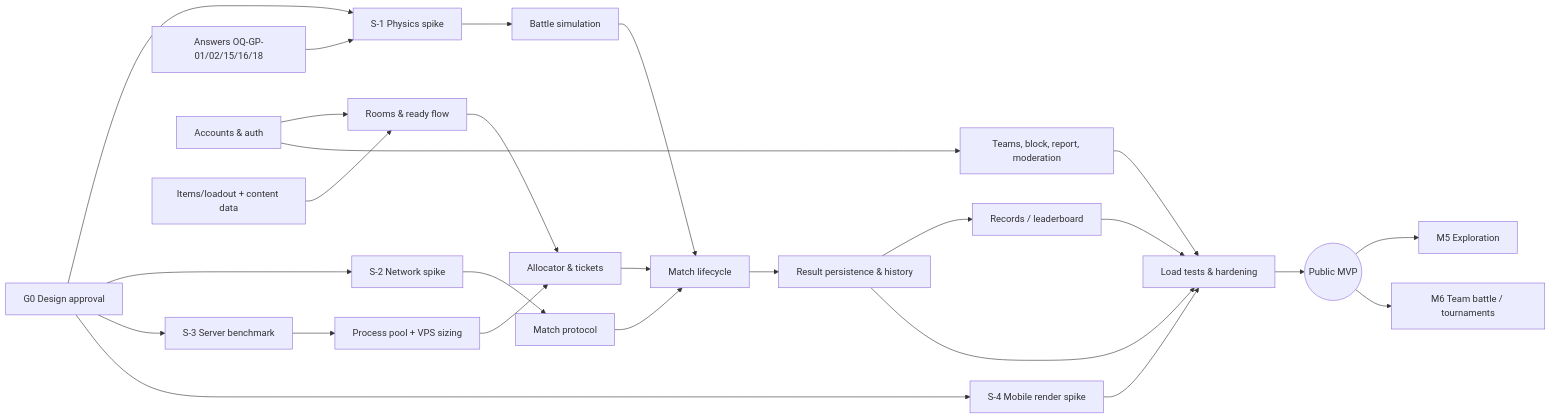
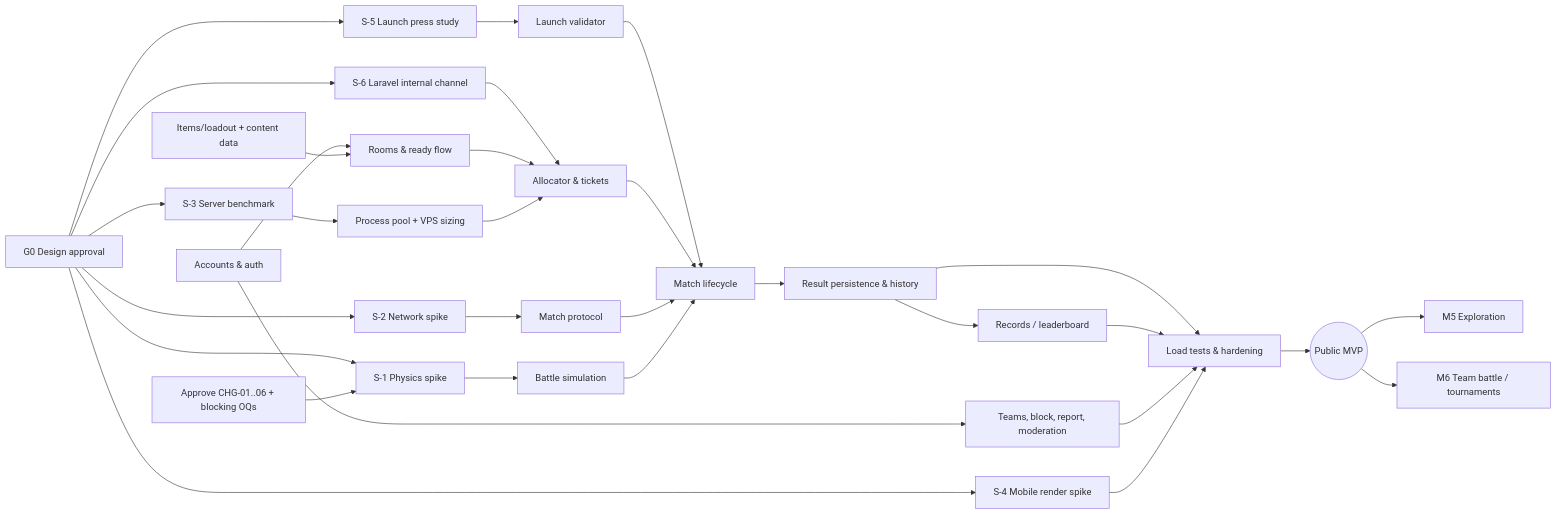
The diagram in docs/08-planning/roadmap.md (houcine212-hub/Bayblade_Sesytem), drawn with Mermaid before and after one commit. The commit also changed other lines of this file and 59 other files, not shown here.

````diff
--- a/docs/08-planning/roadmap.md
+++ b/docs/08-planning/roadmap.md
@@ -19,28 +19,33 @@
 ```mermaid
 flowchart LR
   G0[G0 Design approval] --> S1[S-1 Physics spike]
   G0 --> S2[S-2 Network spike]
   G0 --> S3[S-3 Server benchmark]
   G0 --> S4[S-4 Mobile render spike]
-  Q1[Answers OQ-GP-01/02/15/16/18] --> S1
+  G0 --> S5[S-5 Launch press study]
+  G0 --> S6[S-6 Laravel internal channel]
+  S5 --> LAUNCH[Launch validator]
+  S6 --> ALLOC
+  LAUNCH --> MATCH
+  Q1[Approve CHG-01..06 + blocking OQs] --> S1
   S1 --> SIM[Battle simulation]
   S2 --> NET[Match protocol]
   S3 --> POOL[Process pool + VPS sizing]
   ACC[Accounts & auth] --> ROOM[Rooms & ready flow]
   INV[Items/loadout + content data] --> ROOM
   ROOM --> ALLOC[Allocator & tickets]
   POOL --> ALLOC
   ALLOC --> MATCH[Match lifecycle]
   NET --> MATCH
   SIM --> MATCH
   MATCH --> RES[Result persistence & history]
   RES --> REC[Records / leaderboard]
   ACC --> SOC[Teams, block, report, moderation]
   RES --> M4[Load tests & hardening]
   REC --> M4
   SOC --> M4
   M4 --> MVP((Public MVP))
   MVP --> EXP[M5 Exploration]
   MVP --> COMP[M6 Team battle / tournaments]
   S4 --> M4
 ```
````
